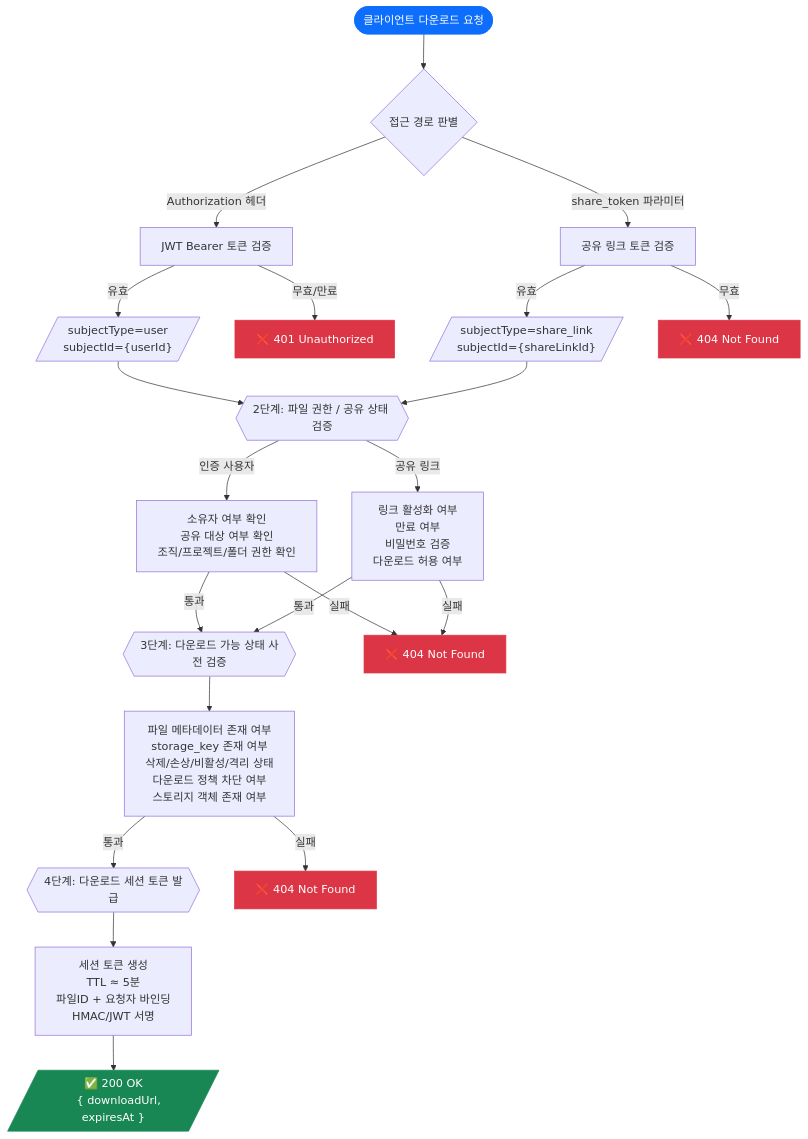
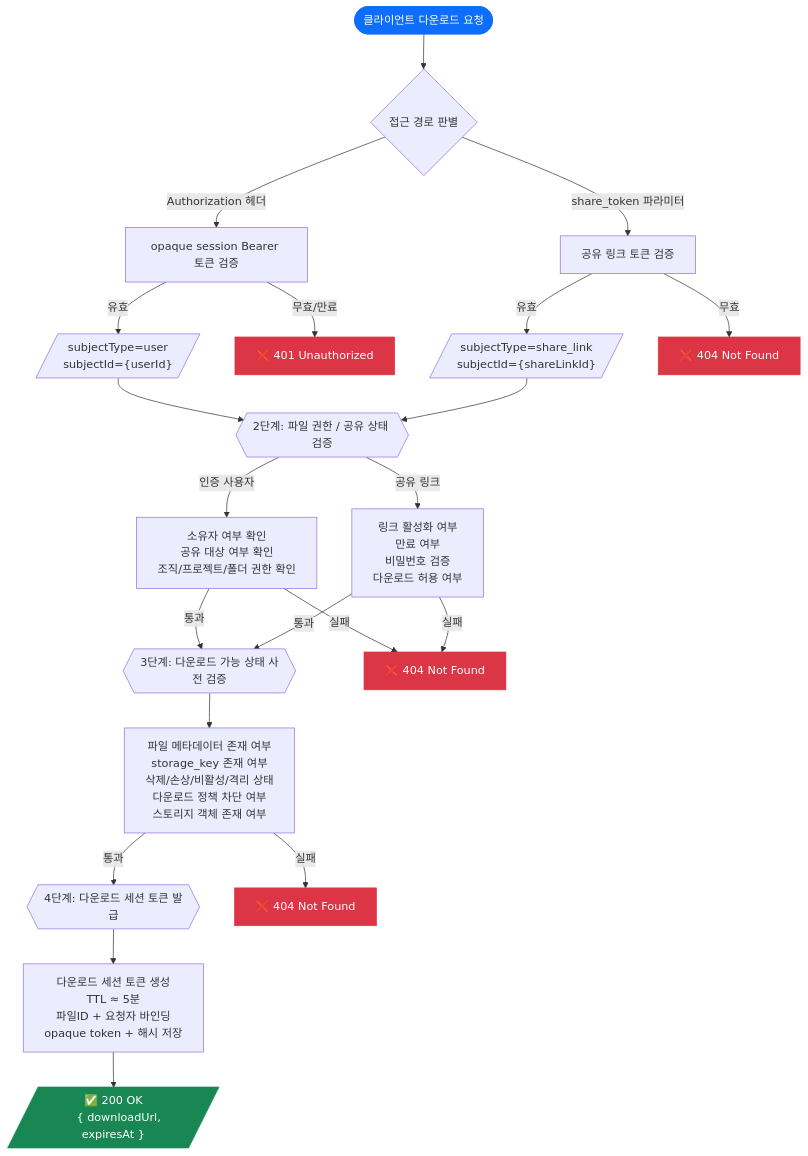
One commit to Cloud-Sharp/docs changed the first of 11 diagrams in docs/설계/pipeline/다운로드 파이프라인.md. Above: the diagram before and after it, drawn with Mermaid. The commit also changed other lines of this file and 6 other files, not shown here.

Commit message:
Switch auth docs to opaque session tokens

````diff
--- a/docs/설계/pipeline/다운로드 파이프라인.md
+++ b/docs/설계/pipeline/다운로드 파이프라인.md
@@ -25,55 +25,55 @@
 ```mermaid
 flowchart TD
     START([클라이언트 다운로드 요청]) --> A{접근 경로 판별}
 
-    A -->|Authorization 헤더| B[JWT Bearer 토큰 검증]
+    A -->|Authorization 헤더| B[opaque session Bearer 토큰 검증]
     A -->|share_token 파라미터| C[공유 링크 토큰 검증]
 
     B -->|유효| D[/"subjectType=user
     subjectId={userId}"/]
     B -->|무효/만료| ERR1[❌ 401 Unauthorized]
 
     C -->|유효| E[/"subjectType=share_link
     subjectId={shareLinkId}"/]
     C -->|무효| ERR2[❌ 404 Not Found]
 
     D --> F{{"2단계: 파일 권한 / 공유 상태 검증"}}
     E --> F
 
     F -->|인증 사용자| F1["소유자 여부 확인
     공유 대상 여부 확인
     조직/프로젝트/폴더 권한 확인"]
     F -->|공유 링크| F2["링크 활성화 여부
     만료 여부
     비밀번호 검증
     다운로드 허용 여부"]
 
     F1 -->|통과| G{{"3단계: 다운로드 가능 상태 사전 검증"}}
     F2 -->|통과| G
     F1 -->|실패| ERR3[❌ 404 Not Found]
     F2 -->|실패| ERR3
 
     G --> G1["파일 메타데이터 존재 여부
     storage_key 존재 여부
     삭제/손상/비활성/격리 상태
     다운로드 정책 차단 여부
     스토리지 객체 존재 여부"]
 
     G1 -->|통과| H{{"4단계: 다운로드 세션 토큰 발급"}}
     G1 -->|실패| ERR4[❌ 404 Not Found]
 
-    H --> H1["세션 토큰 생성
+    H --> H1["다운로드 세션 토큰 생성
     TTL ≈ 5분
     파일ID + 요청자 바인딩
-    HMAC/JWT 서명"]
+    opaque token + 해시 저장"]
 
     H1 --> RESP1[/"✅ 200 OK
     { downloadUrl, expiresAt }"/]
 
     style ERR1 fill:#dc3545,color:#fff,stroke:#dc3545
     style ERR2 fill:#dc3545,color:#fff,stroke:#dc3545
     style ERR3 fill:#dc3545,color:#fff,stroke:#dc3545
     style ERR4 fill:#dc3545,color:#fff,stroke:#dc3545
     style RESP1 fill:#198754,color:#fff,stroke:#198754
     style START fill:#0d6efd,color:#fff,stroke:#0d6efd
 ```
````
